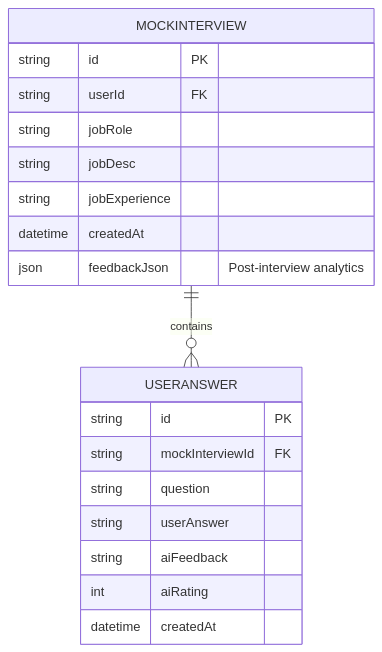
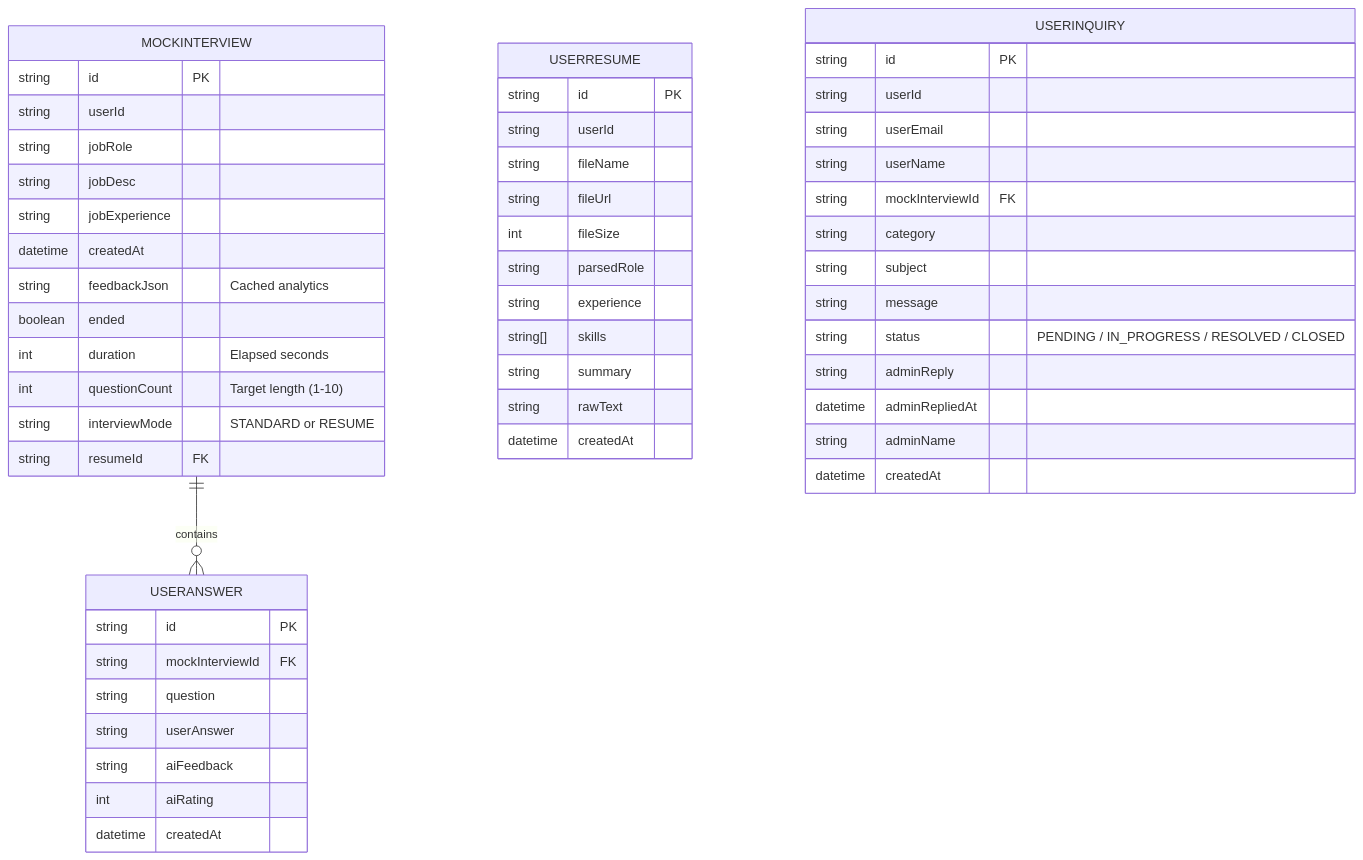
The fourth of 4 diagrams in README.md (kunjvaghani/Mockmate), drawn with Mermaid before and after one commit. The commit also changed other lines of this file, not shown here.

````diff
--- a/README.md
+++ b/README.md
@@ -387,24 +472,58 @@
 ```mermaid
 erDiagram
     MOCKINTERVIEW ||--o{ USERANSWER : contains
+    USERRESUME {
+        string id PK
+        string userId
+        string fileName
+        string fileUrl
+        int fileSize
+        string parsedRole
+        string experience
+        string[] skills
+        string summary
+        string rawText
+        datetime createdAt
+    }
     
     MOCKINTERVIEW {
         string id PK
-        string userId FK
+        string userId
         string jobRole
         string jobDesc
         string jobExperience
         datetime createdAt
-        json feedbackJson "Post-interview analytics"
+        string feedbackJson "Cached analytics"
+        boolean ended
+        int duration "Elapsed seconds"
+        int questionCount "Target length (1-10)"
+        string interviewMode "STANDARD or RESUME"
+        string resumeId FK
     }
     
     USERANSWER {
         string id PK
         string mockInterviewId FK
         string question
         string userAnswer
         string aiFeedback
         int aiRating
         datetime createdAt
     }
+
+    USERINQUIRY {
+        string id PK
+        string userId
+        string userEmail
+        string userName
+        string mockInterviewId FK
+        string category
+        string subject
+        string message
+        string status "PENDING / IN_PROGRESS / RESOLVED / CLOSED"
+        string adminReply
+        datetime adminRepliedAt
+        string adminName
+        datetime createdAt
+    }
 ```
````
